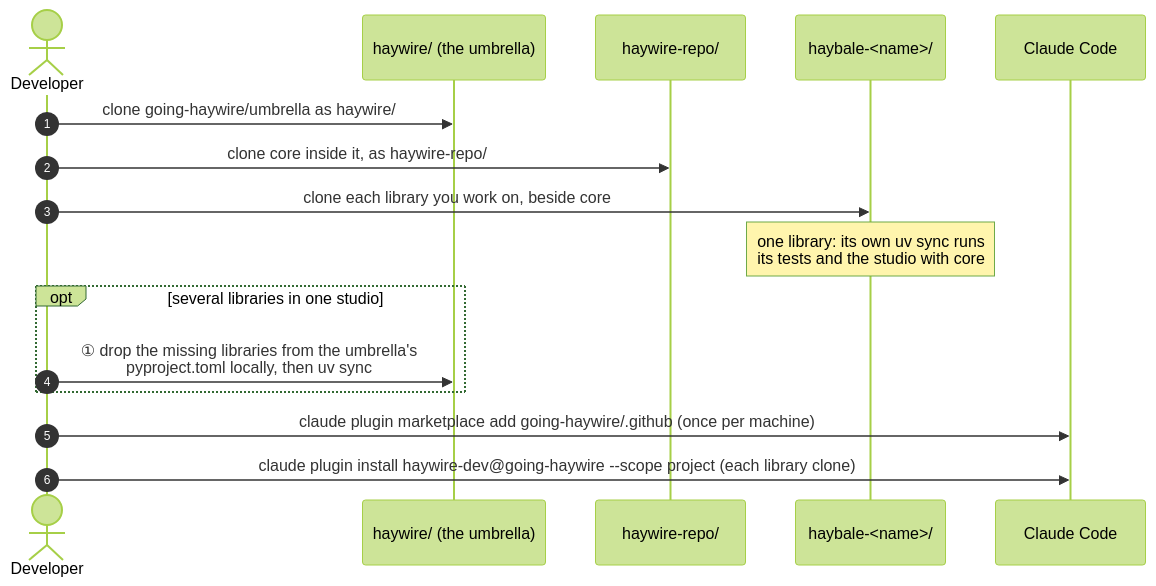
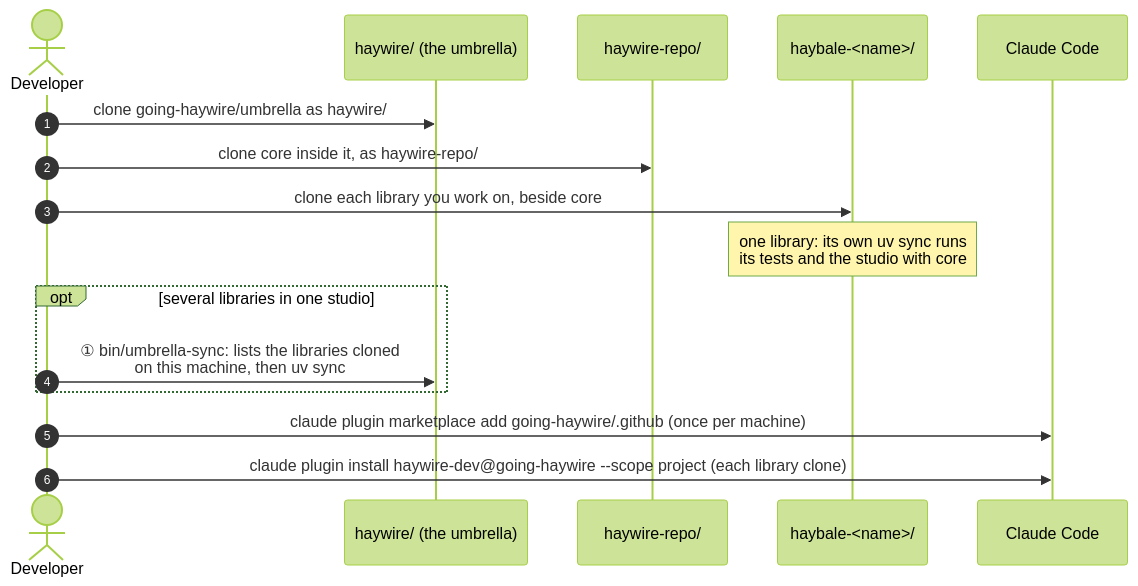
Before and after one commit to going-haywire/haywire: the diagram in docs/collaboration/workstation.md, drawn with Mermaid (forest theme). The commit also changed other lines of this file and 2 other files, not shown here.

Commit message:
docs(workflow): the umbrella's pyproject.toml and uv.lock are each machine's own (#208)
second-machine.md now clones the umbrella and runs bin/umbrella-sync, and says the
generated files are untracked; workstation.md and ADR 0081's consequence follow
(umbrella 609e474).

````diff
--- a/docs/collaboration/workstation.md
+++ b/docs/collaboration/workstation.md
@@ -16,19 +16,19 @@
 ```mermaid
 sequenceDiagram
     autonumber
     actor You as Developer
     participant Folder as haywire/ (the umbrella)
     participant Core as haywire-repo/
     participant Lib as haybale-<name>/
     participant CC as Claude Code
 
     You->>Folder: clone going-haywire/umbrella as haywire/
     You->>Core: clone core inside it, as haywire-repo/
     You->>Lib: clone each library you work on, beside core
     Note over Lib: one library: its own uv sync runs<br/>its tests and the studio with core
     opt several libraries in one studio
-        You->>Folder: ① drop the missing libraries from the umbrella's<br/>pyproject.toml locally, then uv sync
+        You->>Folder: ① bin/umbrella-sync: lists the libraries cloned<br/>on this machine, then uv sync
     end
     You->>CC: claude plugin marketplace add going-haywire/.github (once per machine)
     You->>CC: claude plugin install haywire-dev@going-haywire --scope project (each library clone)
 ```
````
